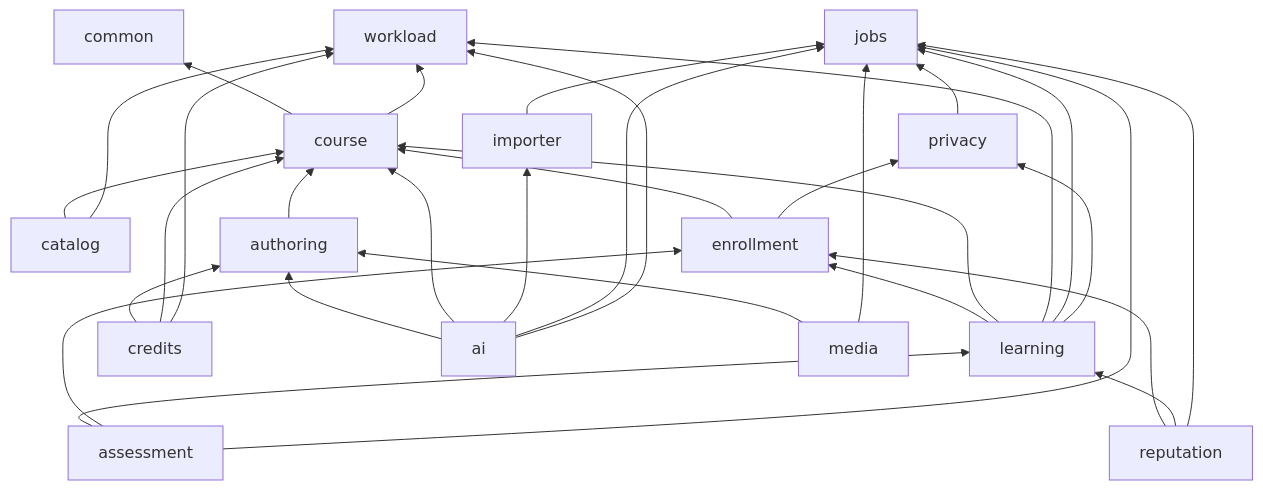
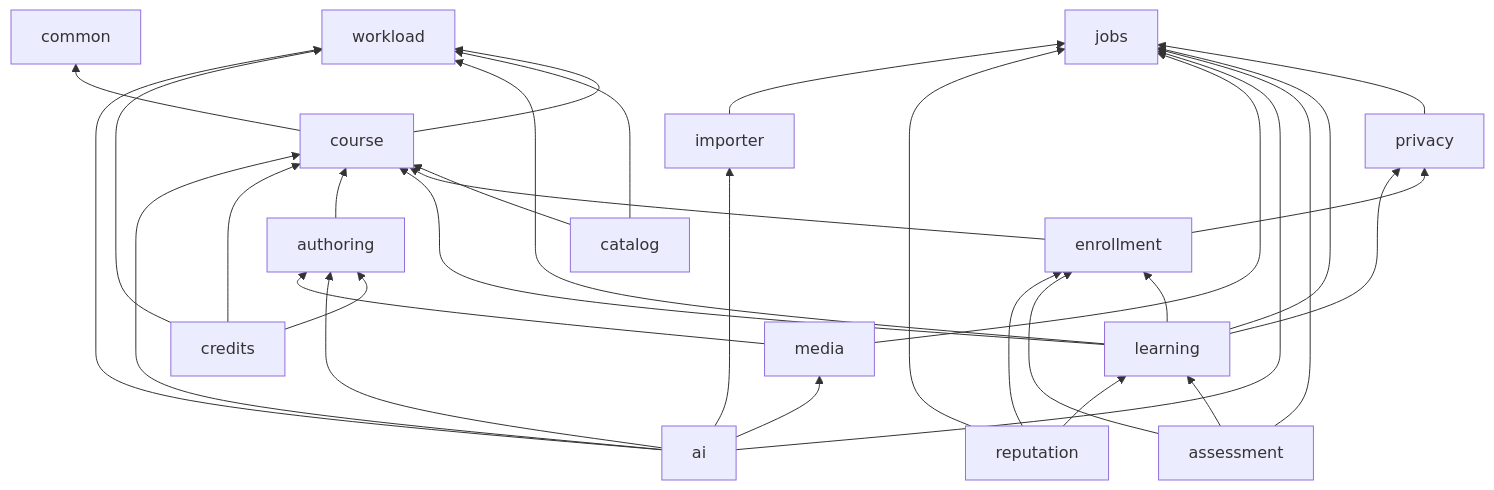
One commit to wasichai/elearning-backend changed the second of 3 diagrams in docs/architecture/overview.md. Above: the diagram before and after it, drawn with Mermaid. The commit also changed 25 other files, not shown here.

````diff
--- a/docs/architecture/overview.md
+++ b/docs/architecture/overview.md
@@ -115,37 +115,38 @@
 ```mermaid
 flowchart BT
     common
     workload
     jobs
     course --> common
     course --> workload
     catalog --> course
     catalog --> workload
     enrollment --> course
     enrollment --> privacy
     privacy --> jobs
     learning --> enrollment
     learning --> course
     learning --> workload
     learning --> jobs
     learning --> privacy
     assessment --> learning
     assessment --> enrollment
     assessment --> jobs
     authoring --> course
     credits --> authoring
     credits --> course
     credits --> workload
     importer
     ai --> authoring
     ai --> course
     ai --> importer
     ai --> jobs
+    ai --> media
     ai --> workload
     media --> authoring
     media --> jobs
     reputation --> enrollment
     reputation --> learning
     reputation --> jobs
     importer --> jobs
 ```
````
